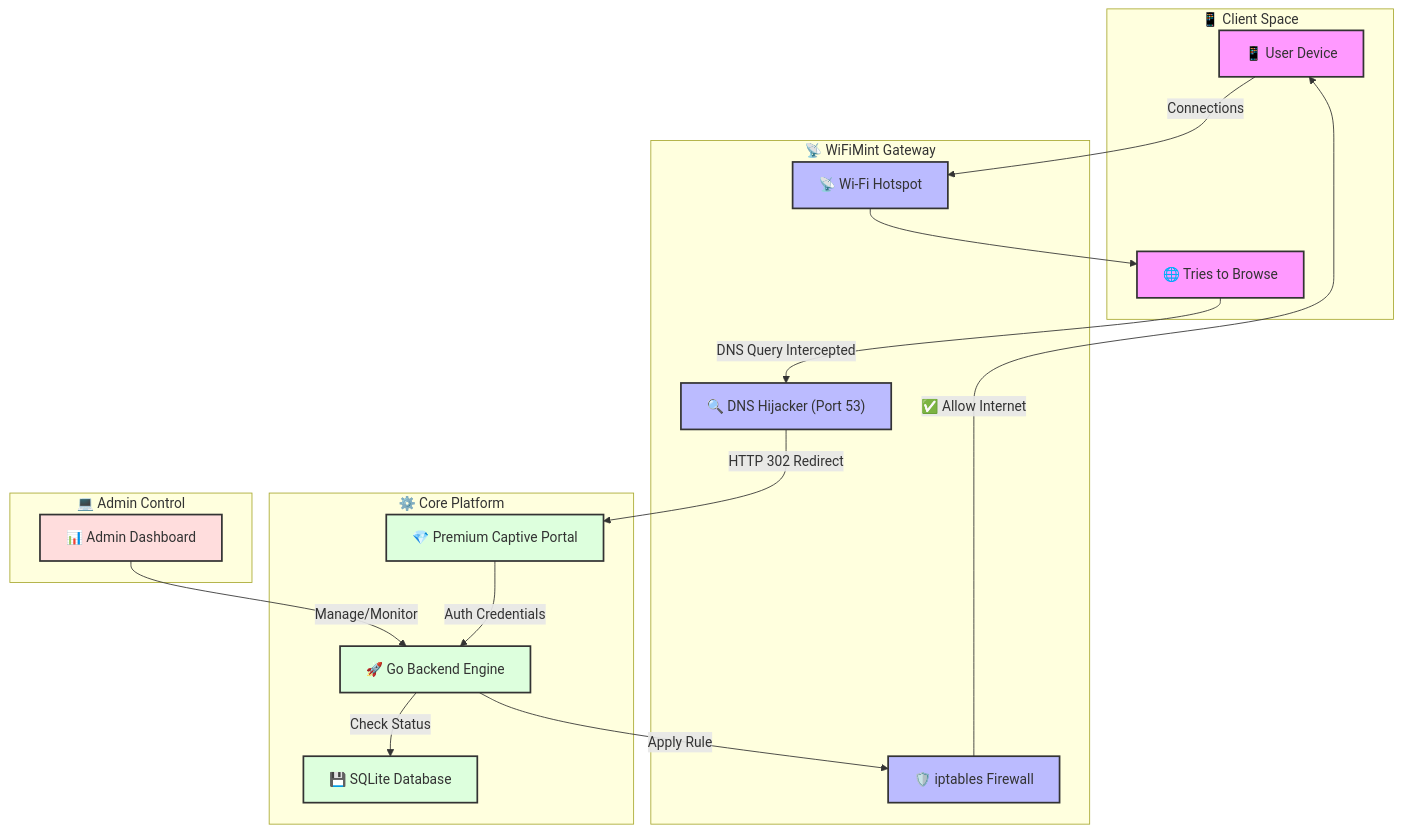
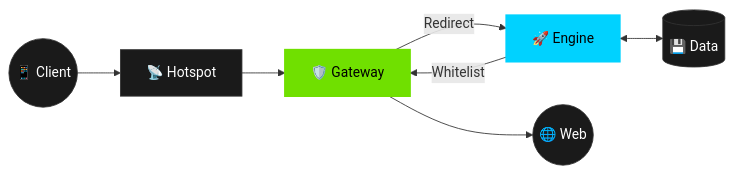
One commit to rajan9182/WiFiMint changed the diagram in README.md. Above: the diagram before and after it, drawn with Mermaid. The commit also changed other lines of this file, not shown here.

Commit message:
Update README content

````diff
--- a/README.md
+++ b/README.md
@@ -22,46 +22,27 @@
 ```mermaid
-graph TD
+graph LR
     %% Styling
-    classDef client fill:#f9f,stroke:#333,stroke-width:2px;
-    classDef gateway fill:#bbf,stroke:#333,stroke-width:2px;
-    classDef core fill:#dfd,stroke:#333,stroke-width:2px;
-    classDef admin fill:#fdd,stroke:#333,stroke-width:2px;
+    classDef default fill:#1a1a1a,stroke:#333,stroke-width:1px,color:#fff;
+    classDef highlight fill:#00d2ff,stroke:#00d2ff,stroke-width:2px,color:#000;
+    classDef engine fill:#70e000,stroke:#70e000,stroke-width:2px,color:#000;
 
-    subgraph "📱 Client Space"
-        User["📱 User Device"]
-        Browse["🌐 Tries to Browse"]
-    end
+    %% Nodes
+    U(("📱 Client"))
+    H["📡 Hotspot"]
+    G["🛡️ Gateway"]
+    E["🚀 Engine"]
+    D[("💾 Data")]
+    W(("🌐 Web"))
 
-    subgraph "📡 WiFiMint Gateway"
-        Hotspot["📡 Wi-Fi Hotspot"]
-        DNS["🔍 DNS Hijacker (Port 53)"]
-        Firewall["🛡️ iptables Firewall"]
-    end
+    %% Flow
+    U --> H
+    H --> G
+    G -- "Redirect" --> E
+    E <--> D
+    E -- "Whitelist" --> G
+    G --> W
 
-    subgraph "⚙️ Core Platform"
-        Portal["💎 Premium Captive Portal"]
-        Backend["🚀 Go Backend Engine"]
-        DB["💾 SQLite Database"]
-    end
-
-    subgraph "💻 Admin Control"
-        AdminUI["📊 Admin Dashboard"]
-    end
-
-    %% Flow Sequence
-    User -->|Connections| Hotspot
-    Hotspot --> Browse
-    Browse -->|DNS Query Intercepted| DNS
-    DNS -->|HTTP 302 Redirect| Portal
-    Portal -->|Auth Credentials| Backend
-    Backend -->|Check Status| DB
-    Backend -->|Apply Rule| Firewall
-    Firewall -->|✅ Allow Internet| User
-    AdminUI -->|Manage/Monitor| Backend
-
-    %% Class Assignment
-    class User,Browse client;
-    class Hotspot,DNS,Firewall gateway;
-    class Portal,Backend,DB core;
-    class AdminUI admin;
+    %% Style Assignment
+    class E highlight;
+    class G engine;
 ```
````
